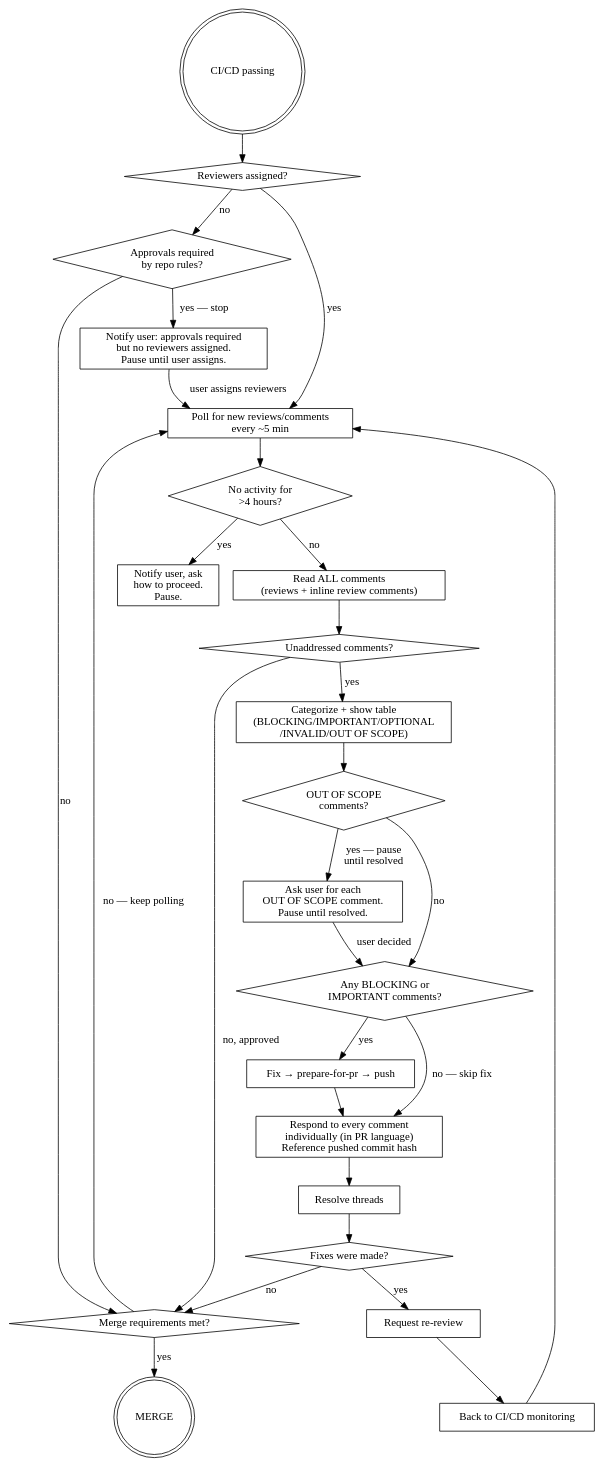
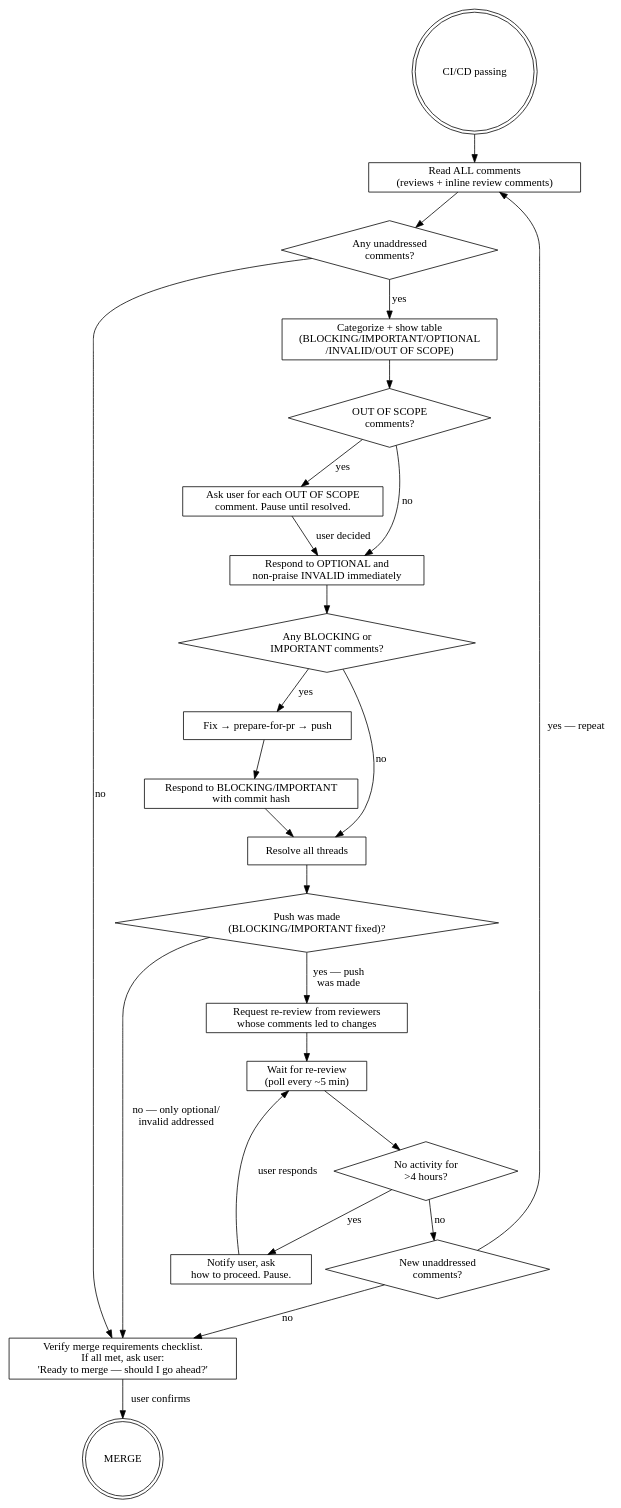
Before and after one commit to kirich1409/krozov-ai-tools: the second of 2 diagrams in plugins/developer-workflow/skills/pr-drive-to-merge/SKILL.md, drawn with Graphviz. The commit also changed other lines of this file, not shown here.

First line of the commit message:
feat(developer-workflow): improve pr-drive-to-merge with review rigor (#31)

````diff
--- a/plugins/developer-workflow/skills/pr-drive-to-merge/SKILL.md
+++ b/plugins/developer-workflow/skills/pr-drive-to-merge/SKILL.md
@@ -74,54 +77,50 @@
 ```dot
 digraph review {
     rankdir=TB;
 
     start [label="CI/CD passing", shape=doublecircle];
-    reviewers [label="Reviewers assigned?", shape=diamond];
-    approvals_req [label="Approvals required\nby repo rules?", shape=diamond];
-    ask_assign [label="Notify user: approvals required\nbut no reviewers assigned.\nPause until user assigns.", shape=box];
-    wait [label="Poll for new reviews/comments\nevery ~5 min", shape=box];
+    read_all [label="Read ALL comments\n(reviews + inline review comments)", shape=box];
+    any_comments [label="Any unaddressed\ncomments?", shape=diamond];
+    categorize [label="Categorize + show table\n(BLOCKING/IMPORTANT/OPTIONAL\n/INVALID/OUT OF SCOPE)", shape=box];
+    oos_present [label="OUT OF SCOPE\ncomments?", shape=diamond];
+    ask_oos [label="Ask user for each OUT OF SCOPE\ncomment. Pause until resolved.", shape=box];
+    respond_optional [label="Respond to OPTIONAL and\nnon-praise INVALID immediately", shape=box];
+    any_fix [label="Any BLOCKING or\nIMPORTANT comments?", shape=diamond];
+    push [label="Fix → prepare-for-pr → push", shape=box];
+    respond_fixed [label="Respond to BLOCKING/IMPORTANT\nwith commit hash", shape=box];
+    resolve [label="Resolve all threads", shape=box];
+    fixes_made [label="Push was made\n(BLOCKING/IMPORTANT fixed)?", shape=diamond];
+    rereview [label="Request re-review from reviewers\nwhose comments led to changes", shape=box];
+    wait [label="Wait for re-review\n(poll every ~5 min)", shape=box];
     stale_check [label="No activity for\n>4 hours?", shape=diamond];
-    notify_stale [label="Notify user, ask\nhow to proceed.\nPause.", shape=box];
-    read_all [label="Read ALL comments\n(reviews + inline review comments)", shape=box];
-    any_comments [label="Unaddressed comments?", shape=diamond];
-    categorize [label="Categorize + show table\n(BLOCKING/IMPORTANT/OPTIONAL\n/INVALID/OUT OF SCOPE)", shape=box];
-    oos [label="OUT OF SCOPE\ncomments?", shape=diamond];
-    ask_oos [label="Ask user for each\nOUT OF SCOPE comment.\nPause until resolved.", shape=box];
-    any_fix [label="Any BLOCKING or\nIMPORTANT comments?", shape=diamond];
-    fix [label="Fix → prepare-for-pr → push", shape=box];
-    respond [label="Respond to every comment\nindividually (in PR language)\nReference pushed commit hash", shape=box];
-    resolve [label="Resolve threads", shape=box];
-    fixes_made [label="Fixes were made?", shape=diamond];
-    rereview [label="Request re-review", shape=box];
-    ci_loop [label="Back to CI/CD monitoring", shape=box];
-    merge_check [label="Merge requirements met?", shape=diamond];
+    notify_stale [label="Notify user, ask\nhow to proceed. Pause.", shape=box];
+    new_comments [label="New unaddressed\ncomments?", shape=diamond];
+    confirm_merge [label="Verify merge requirements checklist.\nIf all met, ask user:\n'Ready to merge — should I go ahead?'", shape=box];
     done [label="MERGE", shape=doublecircle];
 
-    start -> reviewers;
-    reviewers -> approvals_req [label="no"];
-    approvals_req -> ask_assign [label="yes — stop"];
-    approvals_req -> merge_check [label="no"];
-    ask_assign -> wait [label="user assigns reviewers"];
-    reviewers -> wait [label="yes"];
+    start -> read_all;
+    read_all -> any_comments;
+    any_comments -> categorize [label="yes"];
+    any_comments -> confirm_merge [label="no"];
+    categorize -> oos_present;
+    oos_present -> ask_oos [label="yes"];
+    oos_present -> respond_optional [label="no"];
+    ask_oos -> respond_optional [label="user decided"];
+    respond_optional -> any_fix;
+    any_fix -> push [label="yes"];
+    any_fix -> resolve [label="no"];
+    push -> respond_fixed;
+    respond_fixed -> resolve;
+    resolve -> fixes_made;
+    fixes_made -> rereview [label="yes — push\nwas made"];
+    fixes_made -> confirm_merge [label="no — only optional/\ninvalid addressed"];
+    rereview -> wait;
     wait -> stale_check;
     stale_check -> notify_stale [label="yes"];
-    stale_check -> read_all [label="no"];
-    read_all -> any_comments;
-    any_comments -> categorize [label="yes"];
-    any_comments -> merge_check [label="no, approved"];
-    categorize -> oos;
-    oos -> ask_oos [label="yes — pause\nuntil resolved"];
-    oos -> any_fix [label="no"];
-    ask_oos -> any_fix [label="user decided"];
-    any_fix -> fix [label="yes"];
-    any_fix -> respond [label="no — skip fix"];
-    fix -> respond;
-    respond -> resolve;
-    resolve -> fixes_made;
-    fixes_made -> rereview [label="yes"];
-    fixes_made -> merge_check [label="no"];
-    rereview -> ci_loop -> wait;
-    merge_check -> done [label="yes"];
-    merge_check -> wait [label="no — keep polling"];
+    notify_stale -> wait [label="user responds"];
+    stale_check -> new_comments [label="no"];
+    new_comments -> read_all [label="yes — repeat"];
+    new_comments -> confirm_merge [label="no"];
+    confirm_merge -> done [label="user confirms"];
 }
 ```
````
